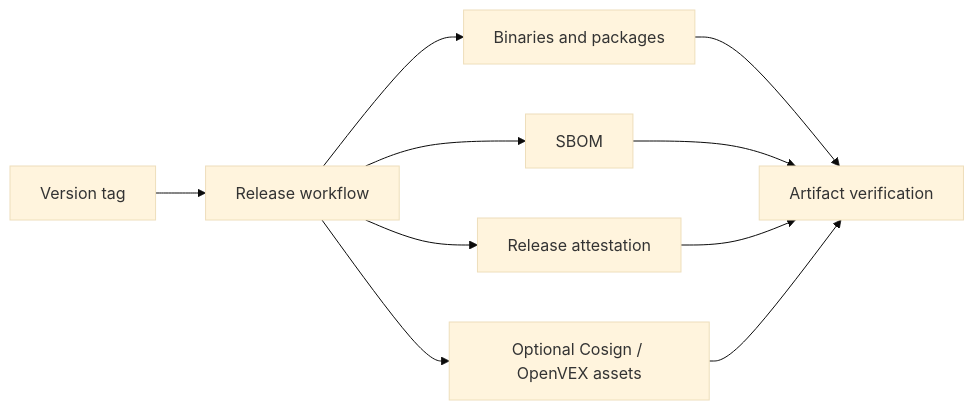
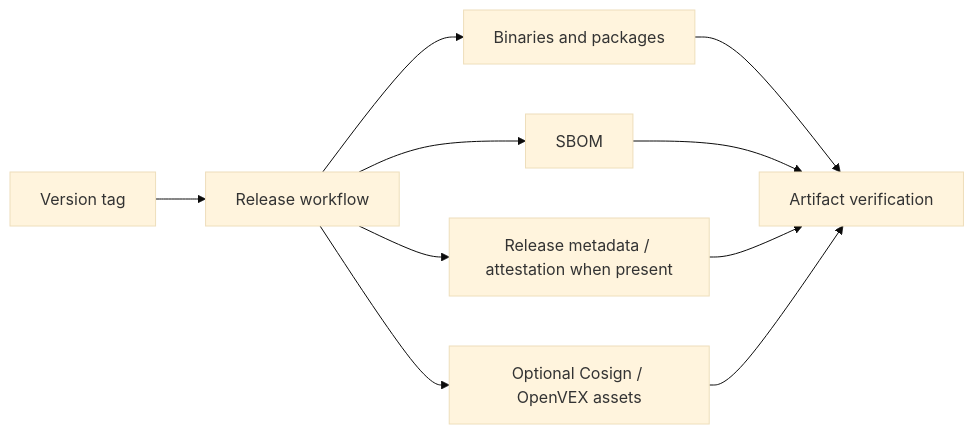
One commit to Mindburn-Labs/helm-ai-kernel changed the diagram in docs/RELEASE_SECURITY.md. Above: the diagram before and after it, drawn with Mermaid (base theme). The commit also changed other lines of this file and 238 other files, not shown here.

````diff
--- a/docs/RELEASE_SECURITY.md
+++ b/docs/RELEASE_SECURITY.md
@@ -23,12 +23,12 @@
 ```mermaid
 flowchart LR
   tag["Version tag"] --> ci["Release workflow"]
   ci --> binaries["Binaries and packages"]
   ci --> sbom["SBOM"]
-  ci --> attestation["Release attestation"]
+  ci --> attestation["Release metadata / attestation when present"]
   ci --> optional["Optional Cosign / OpenVEX assets"]
   binaries --> verify["Artifact verification"]
   sbom --> verify
   attestation --> verify
   optional --> verify
 ```
````
